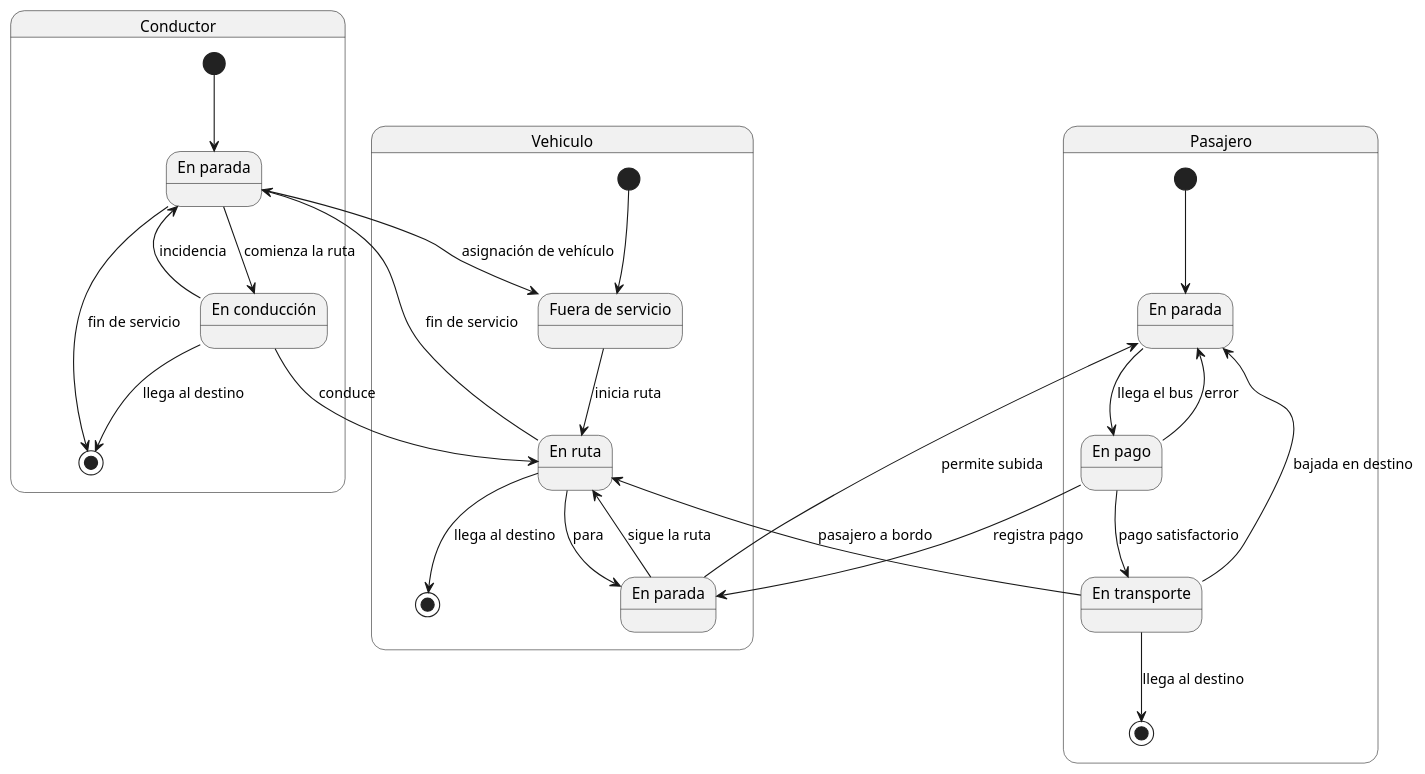
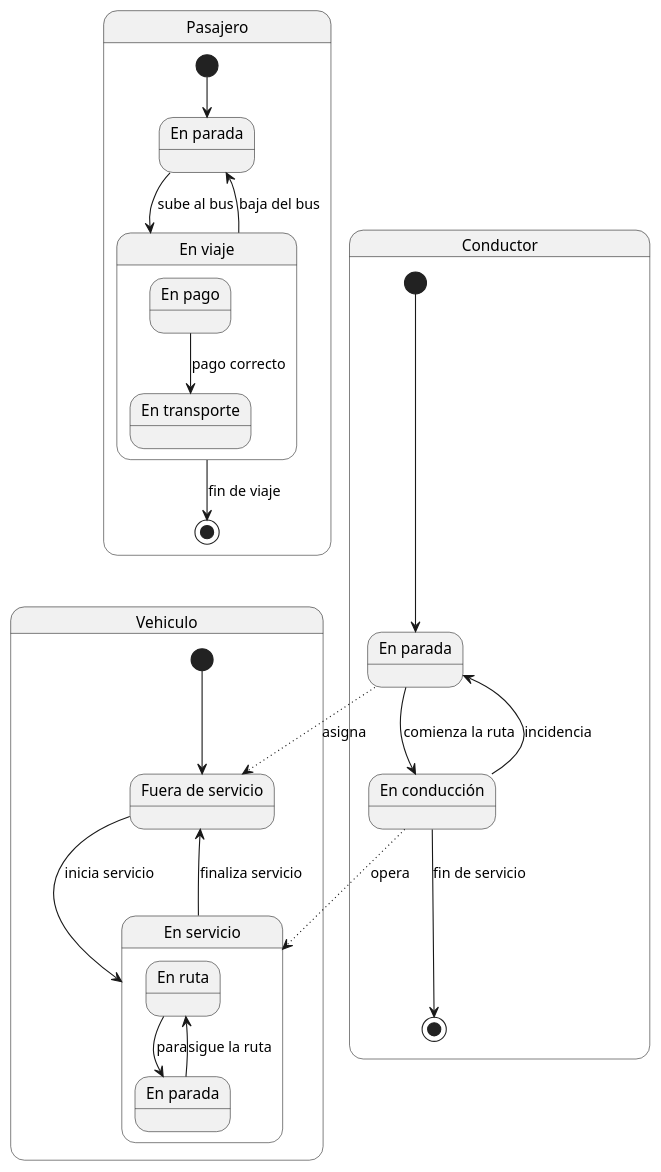
Before and after one commit to Ingenieria-Informatica-UNEATLANTICO/app-actividad-post-parcial-ceesargaarcia: the diagram in modelosUML/examenMejorado/diagramaEstados.puml, drawn with PlantUML. The commit also changed 3 other files, not shown here.

Commit message:
diagramas mejorados

```diff
--- a/modelosUML/examenMejorado/diagramaEstados.puml
+++ b/modelosUML/examenMejorado/diagramaEstados.puml
@@ -1,44 +1,40 @@
 @startuml
 state Conductor {
     state "En parada" as conductorParado
     state "En conducción" as conduccion
     [*] --> conductorParado
     conductorParado --> conduccion : comienza la ruta
     conduccion --> conductorParado : incidencia
-    conduccion --> [*] : llega al destino
-    conductorParado --> [*] : fin de servicio
+    conduccion --> [*] : fin de servicio
 }
 
 state Vehiculo {
     state "Fuera de servicio" as fueraServicio
-    state "En ruta" as enRuta
-    state "En parada" as vehiculoEnParada
+    state "En servicio" as enServicio {
+        state "En ruta" as enRuta
+        state "En parada" as vehiculoEnParada
+        enRuta --> vehiculoEnParada : para
+        vehiculoEnParada --> enRuta : sigue la ruta
+    }
     [*] --> fueraServicio
-    fueraServicio --> enRuta : inicia ruta
-    enRuta --> vehiculoEnParada : para
-    vehiculoEnParada --> enRuta : sigue la ruta
-    enRuta --> [*] : llega al destino
+    fueraServicio --> enServicio : inicia servicio
+    enServicio --> fueraServicio : finaliza servicio
 }
 
 state Pasajero {
     state "En parada" as pasajeroEnParada
-    state "En pago" as enPago
-    state "En transporte" as enTransporte
+    state "En viaje" as enViaje {
+        state "En pago" as enPago
+        state "En transporte" as enTransporte
+        enPago --> enTransporte : pago correcto
+    }
     [*] --> pasajeroEnParada
-    pasajeroEnParada --> enPago : llega el bus
-    enPago --> pasajeroEnParada : error
-    enPago --> enTransporte : pago satisfactorio
-    enTransporte --> [*] : llega al destino
+    pasajeroEnParada --> enViaje : sube al bus
+    enViaje --> pasajeroEnParada : baja del bus
+    enViaje --> [*] : fin de viaje
 }
 
-' Relaciones entre estados de diferentes entidades
-conductorParado --> fueraServicio : asignación de vehículo
-conduccion --> enRuta : conduce
-vehiculoEnParada --> pasajeroEnParada : permite subida
-enPago --> vehiculoEnParada : registra pago
-enTransporte --> enRuta : pasajero a bordo
-
-' Sincronización de fin de servicio
-enRuta --> conductorParado : fin de servicio
-enTransporte --> pasajeroEnParada : bajada en destino
+' Relaciones simplificadas entre estados
+conductorParado -[dotted]-> fueraServicio : asigna
+conduccion -[dotted]-> enServicio : opera
 @enduml
```
